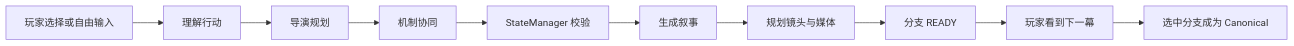
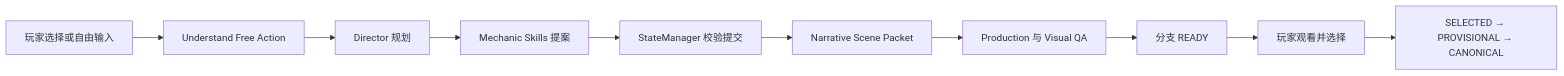
The diagram in docs/PROJECT_DESCRIPTION.md (lujunlin-cn/Interaction), drawn with Mermaid before and after one commit. The commit also changed other lines of this file and 3 other files, not shown here.

````diff
--- a/docs/PROJECT_DESCRIPTION.md
+++ b/docs/PROJECT_DESCRIPTION.md
@@ -19,12 +33,12 @@
 ```mermaid
 flowchart LR
-    A[玩家选择或自由输入] --> B[理解行动]
-    B --> C[导演规划]
-    C --> D[机制协同]
-    D --> E[StateManager 校验]
-    E --> F[生成叙事]
-    F --> G[规划镜头与媒体]
+    A[玩家选择或自由输入] --> B[Understand Free Action]
+    B --> C[Director 规划]
+    C --> D[Mechanic Skills 提案]
+    D --> E[StateManager 校验提交]
+    E --> F[Narrative Scene Packet]
+    F --> G[Production 与 Visual QA]
     G --> H[分支 READY]
-    H --> I[玩家看到下一幕]
-    I --> J[选中分支成为 Canonical]
+    H --> I[玩家观看并选择]
+    I --> J[SELECTED → PROVISIONAL → CANONICAL]
 ```
````
